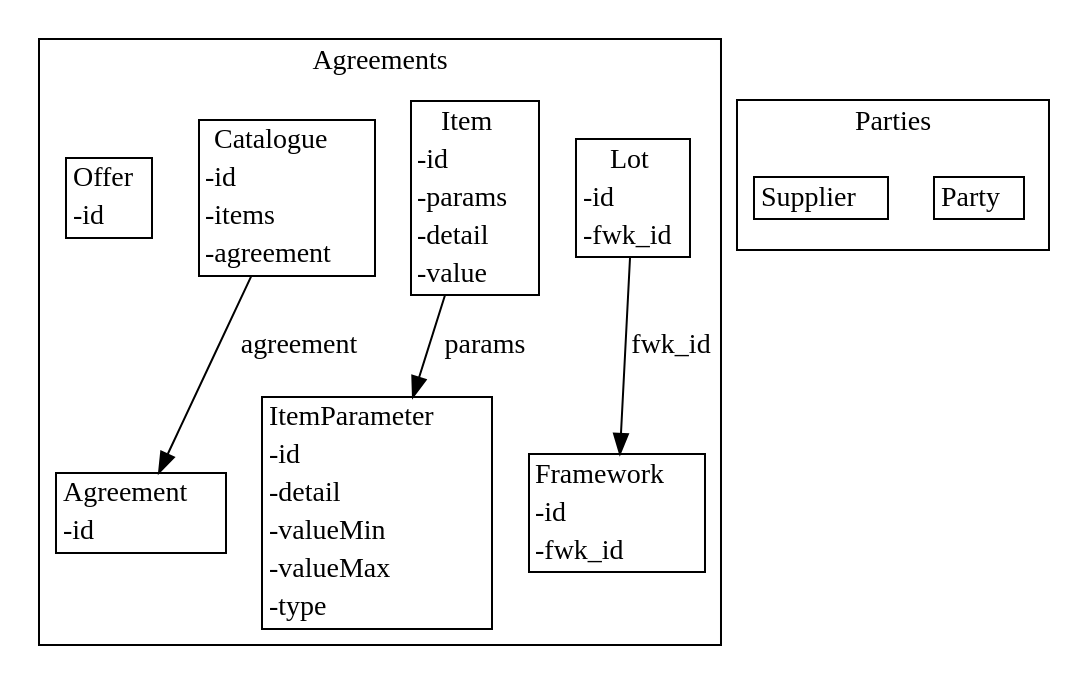
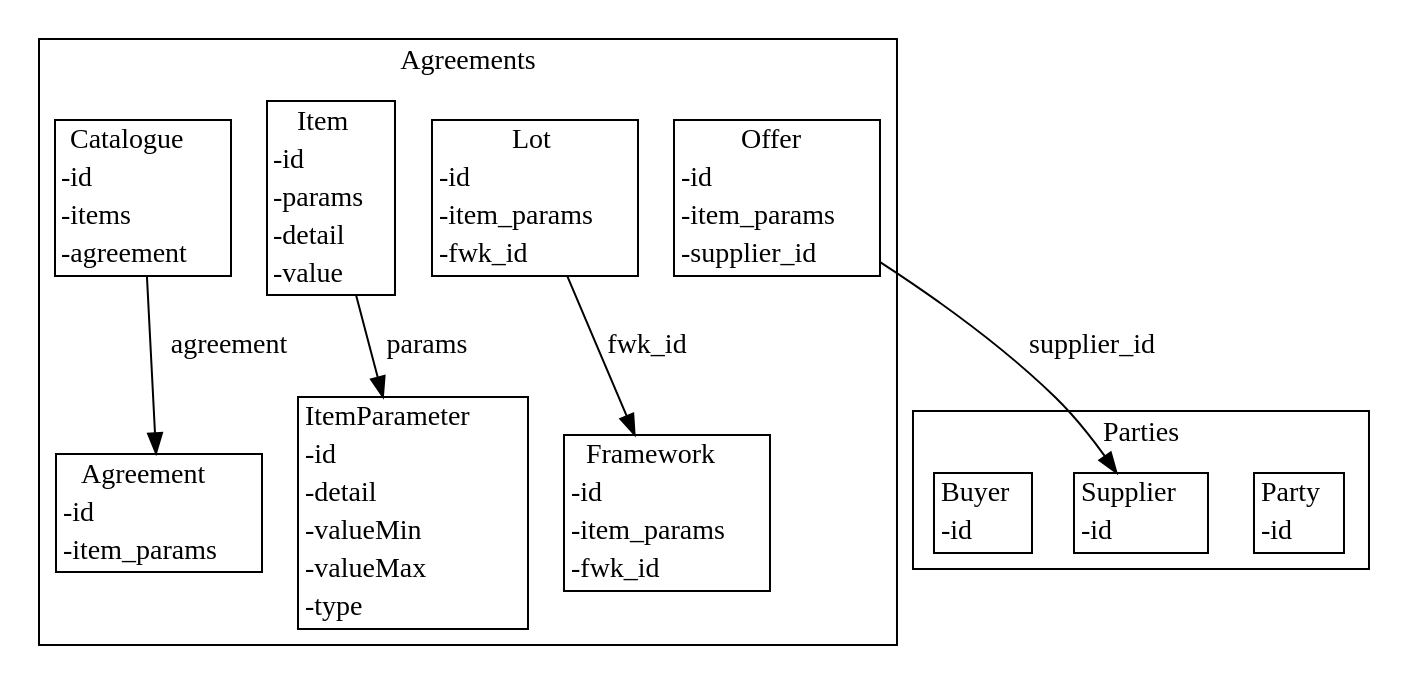
Before and after one commit to Crown-Commercial-Service/cmp-design-prototype: the diagram in agreement-design/diagrams/data_model.dot, drawn with Graphviz. The commit also changed 7 other files, not shown here.

```diff
--- a/agreement-design/diagrams/data_model.dot
+++ b/agreement-design/diagrams/data_model.dot
@@ -1,22 +1,24 @@
 strict digraph {
 subgraph cluster_Agreements {
 node [shape=plaintext margin=0];
 label=Agreements;
-"Agreement" [label=<<table BORDER="1" CELLBORDER="0" CELLSPACING="0"><TH><TD>Agreement</TD></TH><TR><TD ALIGN="LEFT">-id</TD></TR></table>>];
-"Framework" [label=<<table BORDER="1" CELLBORDER="0" CELLSPACING="0"><TH><TD>Framework</TD></TH><TR><TD ALIGN="LEFT">-id</TD></TR><TR><TD ALIGN="LEFT">-fwk_id</TD></TR></table>>];
-"Lot" [label=<<table BORDER="1" CELLBORDER="0" CELLSPACING="0"><TH><TD>Lot</TD></TH><TR><TD ALIGN="LEFT">-id</TD></TR><TR><TD ALIGN="LEFT">-fwk_id</TD></TR></table>>];
-"Lot" -> "Framework" [label=fwk_id];
 "ItemParameter" [label=<<table BORDER="1" CELLBORDER="0" CELLSPACING="0"><TH><TD>ItemParameter</TD></TH><TR><TD ALIGN="LEFT">-id</TD></TR><TR><TD ALIGN="LEFT">-detail</TD></TR><TR><TD ALIGN="LEFT">-valueMin</TD></TR><TR><TD ALIGN="LEFT">-valueMax</TD></TR><TR><TD ALIGN="LEFT">-type</TD></TR></table>>];
+"Agreement" [label=<<table BORDER="1" CELLBORDER="0" CELLSPACING="0"><TH><TD>Agreement</TD></TH><TR><TD ALIGN="LEFT">-id</TD></TR><TR><TD ALIGN="LEFT">-item_params</TD></TR></table>>];
+"Framework" [label=<<table BORDER="1" CELLBORDER="0" CELLSPACING="0"><TH><TD>Framework</TD></TH><TR><TD ALIGN="LEFT">-id</TD></TR><TR><TD ALIGN="LEFT">-item_params</TD></TR><TR><TD ALIGN="LEFT">-fwk_id</TD></TR></table>>];
+"Lot" [label=<<table BORDER="1" CELLBORDER="0" CELLSPACING="0"><TH><TD>Lot</TD></TH><TR><TD ALIGN="LEFT">-id</TD></TR><TR><TD ALIGN="LEFT">-item_params</TD></TR><TR><TD ALIGN="LEFT">-fwk_id</TD></TR></table>>];
 "Item" [label=<<table BORDER="1" CELLBORDER="0" CELLSPACING="0"><TH><TD>Item</TD></TH><TR><TD ALIGN="LEFT">-id</TD></TR><TR><TD ALIGN="LEFT">-params</TD></TR><TR><TD ALIGN="LEFT">-detail</TD></TR><TR><TD ALIGN="LEFT">-value</TD></TR></table>>];
-"Item" -> "ItemParameter" [label=params];
 "Catalogue" [label=<<table BORDER="1" CELLBORDER="0" CELLSPACING="0"><TH><TD>Catalogue</TD></TH><TR><TD ALIGN="LEFT">-id</TD></TR><TR><TD ALIGN="LEFT">-items</TD></TR><TR><TD ALIGN="LEFT">-agreement</TD></TR></table>>];
-"Catalogue" -> "Agreement" [label=agreement];
-"Offer" [label=<<table BORDER="1" CELLBORDER="0" CELLSPACING="0"><TH><TD>Offer</TD></TH><TR><TD ALIGN="LEFT">-id</TD></TR></table>>];
+"Offer" [label=<<table BORDER="1" CELLBORDER="0" CELLSPACING="0"><TH><TD>Offer</TD></TH><TR><TD ALIGN="LEFT">-id</TD></TR><TR><TD ALIGN="LEFT">-item_params</TD></TR><TR><TD ALIGN="LEFT">-supplier_id</TD></TR></table>>];
 }
 subgraph cluster_Parties {
 node [shape=plaintext margin=0];
 label=Parties;
-"Party" [label=<<table BORDER="1" CELLBORDER="0" CELLSPACING="0"><TH><TD>Party</TD></TH></table>>];
-"Supplier" [label=<<table BORDER="1" CELLBORDER="0" CELLSPACING="0"><TH><TD>Supplier</TD></TH></table>>];
+"Party" [label=<<table BORDER="1" CELLBORDER="0" CELLSPACING="0"><TH><TD>Party</TD></TH><TR><TD ALIGN="LEFT">-id</TD></TR></table>>];
+"Supplier" [label=<<table BORDER="1" CELLBORDER="0" CELLSPACING="0"><TH><TD>Supplier</TD></TH><TR><TD ALIGN="LEFT">-id</TD></TR></table>>];
+"Buyer" [label=<<table BORDER="1" CELLBORDER="0" CELLSPACING="0"><TH><TD>Buyer</TD></TH><TR><TD ALIGN="LEFT">-id</TD></TR></table>>];
 }
+"Lot" -> "Framework" [label=fwk_id];
+"Item" -> "ItemParameter" [label=params];
+"Catalogue" -> "Agreement" [label=agreement];
+"Offer" -> "Supplier" [label=supplier_id];
 }
```
